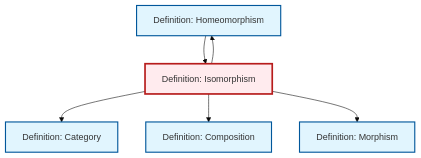
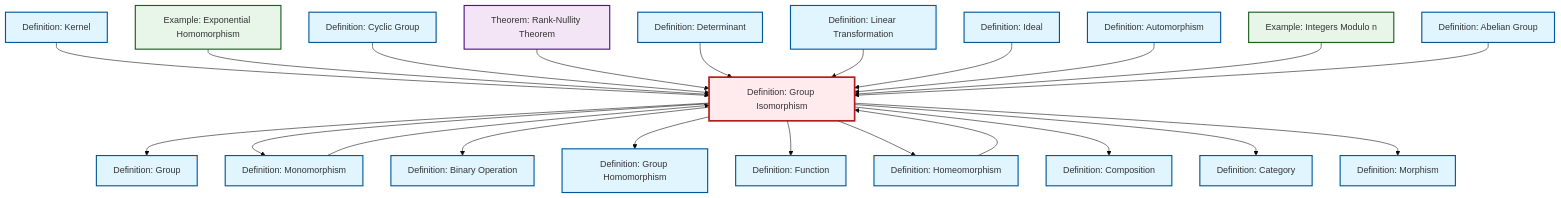
The diagram in content/en/category-theory/def-isomorphism.qmd (RK0429/ModernMath), drawn with Mermaid (base theme) before and after one commit. The commit also changed other lines of this file and 581 other files, not shown here.

````diff
--- a/content/en/category-theory/def-isomorphism.qmd
+++ b/content/en/category-theory/def-isomorphism.qmd
@@ -87,24 +87,70 @@
 ```{mermaid}
 %%| fig-cap: "Local dependency graph"
 graph TD
     classDef definition fill:#e1f5fe,stroke:#01579b,stroke-width:2px
     classDef theorem fill:#f3e5f5,stroke:#4a148c,stroke-width:2px
     classDef axiom fill:#fff3e0,stroke:#e65100,stroke-width:2px
     classDef example fill:#e8f5e9,stroke:#1b5e20,stroke-width:2px
     classDef current fill:#ffebee,stroke:#b71c1c,stroke-width:3px
+    def-binary-operation["Definition: Binary Operation"]:::definition
+    def-function["Definition: Function"]:::definition
+    ex-exponential-homomorphism["Example: Exponential Homomorphism"]:::example
+    def-abelian-group["Definition: Abelian Group"]:::definition
+    def-isomorphism["Definition: Group Isomorphism"]:::definition
+    def-cyclic-group["Definition: Cyclic Group"]:::definition
     def-homeomorphism["Definition: Homeomorphism"]:::definition
-    def-category["Definition: Category"]:::definition
     def-composition["Definition: Composition"]:::definition
     def-morphism["Definition: Morphism"]:::definition
-    def-isomorphism["Definition: Isomorphism"]:::definition
+    def-category["Definition: Category"]:::definition
+    def-monomorphism["Definition: Monomorphism"]:::definition
+    def-homomorphism["Definition: Group Homomorphism"]:::definition
+    def-determinant["Definition: Determinant"]:::definition
+    thm-rank-nullity["Theorem: Rank-Nullity Theorem"]:::theorem
+    def-kernel["Definition: Kernel"]:::definition
+    def-group["Definition: Group"]:::definition
+    def-ideal["Definition: Ideal"]:::definition
+    def-linear-transformation["Definition: Linear Transformation"]:::definition
+    def-automorphism["Definition: Automorphism"]:::definition
+    ex-quotient-integers-mod-n["Example: Integers Modulo n"]:::example
+    def-homeomorphism --> def-isomorphism
+    def-isomorphism --> def-group
+    def-isomorphism --> def-monomorphism
+    def-kernel --> def-isomorphism
+    def-isomorphism --> def-binary-operation
+    def-isomorphism --> def-homomorphism
+    def-isomorphism --> def-function
+    ex-exponential-homomorphism --> def-isomorphism
+    def-cyclic-group --> def-isomorphism
+    thm-rank-nullity --> def-isomorphism
+    def-isomorphism --> def-homeomorphism
+    def-determinant --> def-isomorphism
+    def-linear-transformation --> def-isomorphism
+    def-ideal --> def-isomorphism
+    def-automorphism --> def-isomorphism
+    def-monomorphism --> def-isomorphism
+    def-isomorphism --> def-composition
+    ex-quotient-integers-mod-n --> def-isomorphism
+    def-abelian-group --> def-isomorphism
     def-isomorphism --> def-category
-    def-isomorphism --> def-composition
-    def-isomorphism --> def-homeomorphism
     def-isomorphism --> def-morphism
-    def-homeomorphism --> def-isomorphism
     class def-isomorphism current
+    click def-binary-operation "def-binary-operation.html" "Go to Binary Operation definition"
+    click def-function "def-function.html" "Go to Function definition"
+    click ex-exponential-homomorphism "ex-exponential-homomorphism.html" "Go to Exponential Homomorphism example"
+    click def-abelian-group "def-abelian-group.html" "Go to Abelian Group definition"
+    click def-cyclic-group "def-cyclic-group.html" "Go to Cyclic Group definition"
     click def-homeomorphism "def-homeomorphism.html" "Go to Homeomorphism definition"
-    click def-category "def-category.html" "Go to Category definition"
     click def-composition "def-composition.html" "Go to Composition definition"
     click def-morphism "def-morphism.html" "Go to Morphism definition"
+    click def-category "def-category.html" "Go to Category definition"
+    click def-monomorphism "def-monomorphism.html" "Go to Monomorphism definition"
+    click def-homomorphism "def-homomorphism.html" "Go to Group Homomorphism definition"
+    click def-determinant "def-determinant.html" "Go to Determinant definition"
+    click thm-rank-nullity "thm-rank-nullity.html" "Go to Rank-Nullity Theorem theorem"
+    click def-kernel "def-kernel.html" "Go to Kernel definition"
+    click def-group "def-group.html" "Go to Group definition"
+    click def-ideal "def-ideal.html" "Go to Ideal definition"
+    click def-linear-transformation "def-linear-transformation.html" "Go to Linear Transformation definition"
+    click def-automorphism "def-automorphism.html" "Go to Automorphism definition"
+    click ex-quotient-integers-mod-n "ex-quotient-integers-mod-n.html" "Go to Integers Modulo n example"
 ```
````
